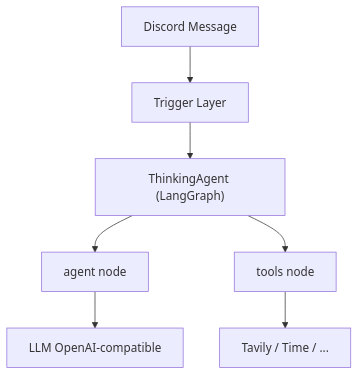
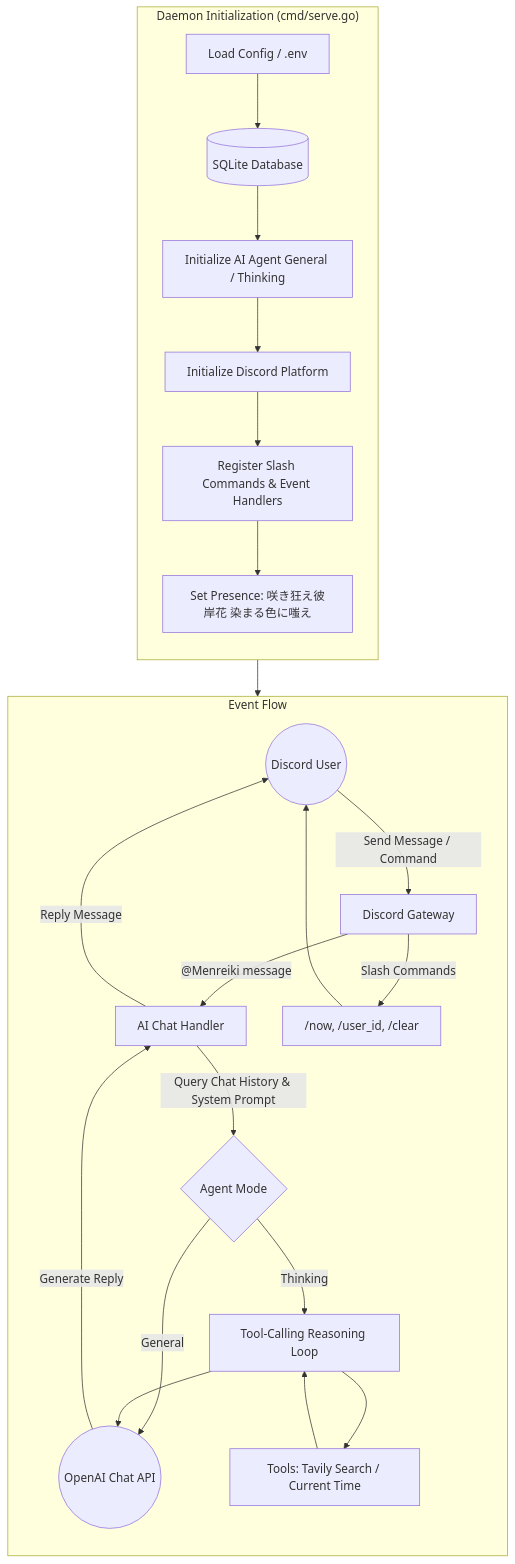
Before and after one commit to supersonictw/menreiki: the diagram in README.md, drawn with Mermaid. The commit also changed other lines of this file and 49 other files, not shown here.

Commit message:
refactor: rewrite bot in golang referencing isla architecture

````diff
--- a/README.md
+++ b/README.md
@@ -24,9 +13,31 @@
 ```mermaid
-graph TD
-    A[Discord Message] --> B[Trigger Layer]
-    B --> C["ThinkingAgent (LangGraph)"]
-    C --> D[agent node]
-    C --> E[tools node]
-    D --> F[LLM OpenAI-compatible]
-    E --> G[Tavily / Time / ...]
+flowchart TD
+    subgraph Initialization ["Daemon Initialization (cmd/serve.go)"]
+        direction TB
+        A[Load Config / .env] --> B[(SQLite Database)]
+        B --> C[Initialize AI Agent General / Thinking]
+        C --> D[Initialize Discord Platform]
+        D --> E[Register Slash Commands & Event Handlers]
+        E --> F["Set Presence: 咲き狂え彼岸花 染まる色に嗤え"]
+    end
+
+    subgraph EventFlow ["Event Flow"]
+        direction TB
+        U((Discord User)) -- Send Message / Command --> D_In[Discord Gateway]
+
+        D_In -- "@Menreiki message" --> Chat[AI Chat Handler]
+        Chat -- Query Chat History & System Prompt --> Agent{Agent Mode}
+        Agent -- "General" --> LLM((OpenAI Chat API))
+        Agent -- "Thinking" --> Loop[Tool-Calling Reasoning Loop]
+        Loop --> Tools[Tools: Tavily Search / Current Time]
+        Tools --> Loop
+        Loop --> LLM
+        LLM -- Generate Reply --> Chat
+        Chat -- Reply Message --> U
+
+        D_In -- Slash Commands --> Cmds["/now, /user_id, /clear"]
+        Cmds --> U
+    end
+
+    Initialization --> EventFlow
 ```
````
